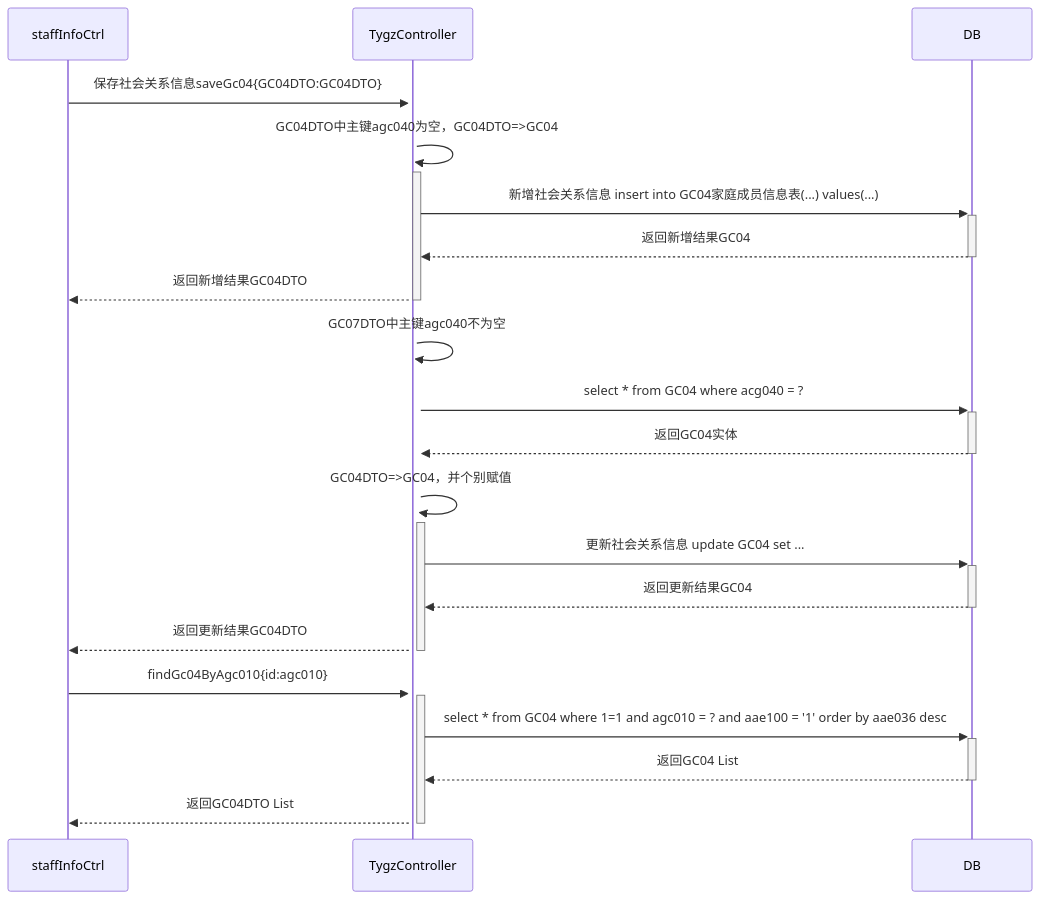
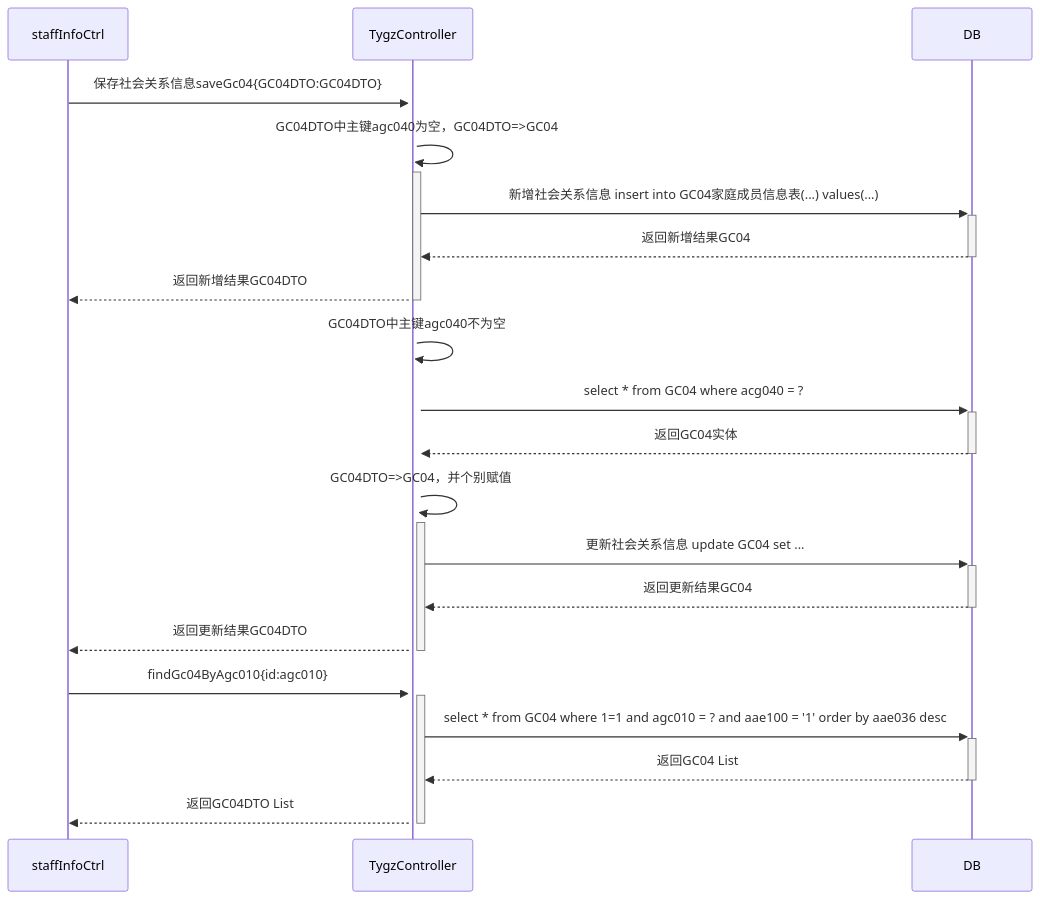
One commit to ZhangJianBeiJing/iodraw-files changed the diagram in all/未命名.md. Above: the diagram before and after it, drawn with Mermaid.

Commit message:
2025-03-25 17:36:17 update

````diff
--- a/all/未命名.md
+++ b/all/未命名.md
@@ -1,22 +1,22 @@
 ```mermaid
 sequenceDiagram
     staffInfoCtrl->>+TygzController:保存社会关系信息saveGc04{GC04DTO:GC04DTO}
     TygzController->>+TygzController:GC04DTO中主键agc040为空，GC04DTO=>GC04
     TygzController->>+DB:新增社会关系信息 insert into GC04家庭成员信息表(...) values(...)
     DB-->>-TygzController:返回新增结果GC04
     TygzController-->>-staffInfoCtrl:返回新增结果GC04DTO
-    TygzController->>+TygzController:GC07DTO中主键agc040不为空
+    TygzController->>+TygzController:GC04DTO中主键agc040不为空
     TygzController->>+DB:select * from GC04 where acg040 = ?
     DB-->>-TygzController:返回GC04实体
     TygzController->>+TygzController:GC04DTO=>GC04，并个别赋值
     TygzController->>+DB:更新社会关系信息 update GC04 set ...
     DB-->>-TygzController:返回更新结果GC04
     TygzController-->>-staffInfoCtrl:返回更新结果GC04DTO
 
     staffInfoCtrl->>+TygzController:findGc04ByAgc010{id:agc010}
     TygzController->>+DB:select * from GC04 where 1=1 and agc010 = ? and aae100 = '1' order by aae036 desc
     DB-->>-TygzController:返回GC04 List
     TygzController-->>-staffInfoCtrl:返回GC04DTO List
             
             
 ```
````
